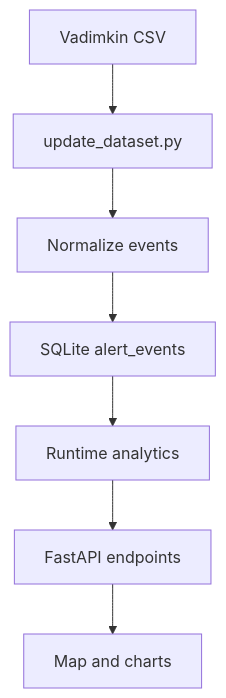
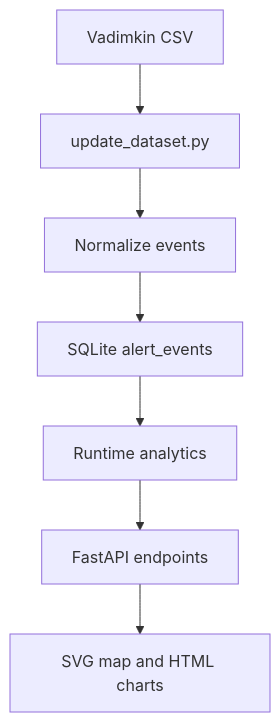
The diagram in docs/ARCHITECTURE.md (1IQcoder/uair-raid-analytics), drawn with Mermaid before and after one commit. The commit also changed other lines of this file and 10 other files, not shown here.

````diff
--- a/docs/ARCHITECTURE.md
+++ b/docs/ARCHITECTURE.md
@@ -27,9 +27,9 @@
 ```mermaid
 flowchart TD
   A["Vadimkin CSV"] --> B["update_dataset.py"]
   B --> C["Normalize events"]
   C --> D["SQLite alert_events"]
   D --> E["Runtime analytics"]
   E --> F["FastAPI endpoints"]
-  F --> G["Map and charts"]
+  F --> G["SVG map and HTML charts"]
 ```
````
